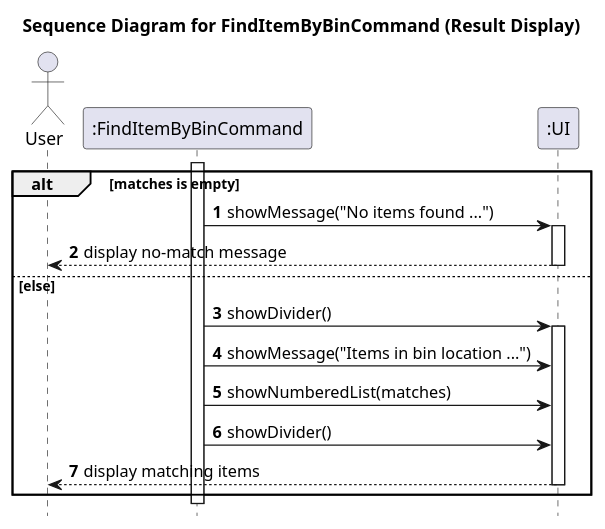
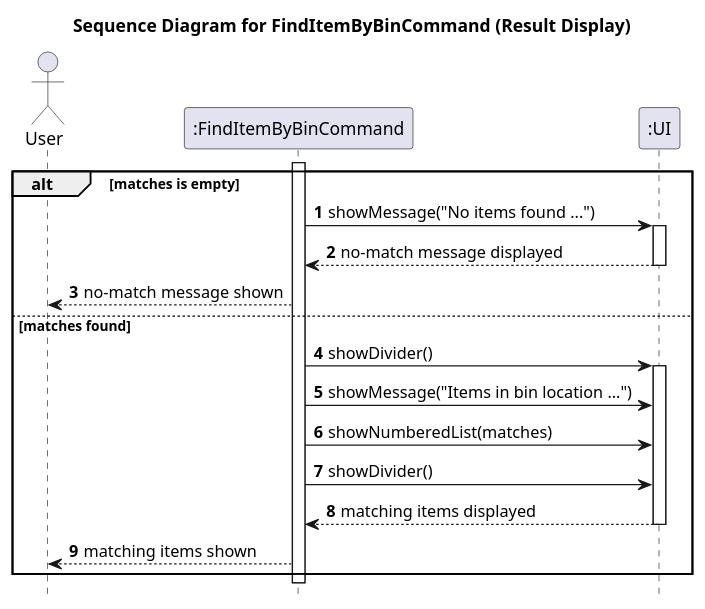
One commit to KOIiiii07/tp changed the diagram in docs/diagrams/sequence/FindItemByBinCommandDisplayFlow.puml. Above: the diagram before and after it, drawn with PlantUML. The commit also changed 1 other file, not shown here.

```diff
--- a/docs/diagrams/sequence/FindItemByBinCommandDisplayFlow.puml
+++ b/docs/diagrams/sequence/FindItemByBinCommandDisplayFlow.puml
@@ -1,27 +1,29 @@
 @startuml
 title Sequence Diagram for FindItemByBinCommand (Result Display)
 
 autonumber
 hide footbox
 
 actor User
 participant ":FindItemByBinCommand" as FindItemByBinCommand
 participant ":UI" as UI
 
 activate FindItemByBinCommand
 alt matches is empty
     FindItemByBinCommand -> UI: showMessage("No items found ...")
     activate UI
-    UI --> User: display no-match message
+    UI --> FindItemByBinCommand: no-match message displayed
     deactivate UI
-else else
+    FindItemByBinCommand --> User: no-match message shown
+else matches found
     FindItemByBinCommand -> UI: showDivider()
     activate UI
     FindItemByBinCommand -> UI: showMessage("Items in bin location ...")
     FindItemByBinCommand -> UI: showNumberedList(matches)
     FindItemByBinCommand -> UI: showDivider()
-    UI --> User: display matching items
+    UI --> FindItemByBinCommand: matching items displayed
     deactivate UI
+    FindItemByBinCommand --> User: matching items shown
 end
 deactivate FindItemByBinCommand
 @enduml
```
